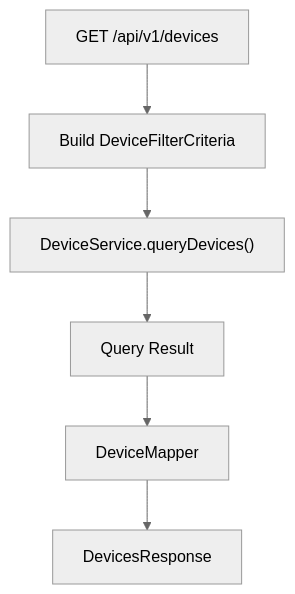
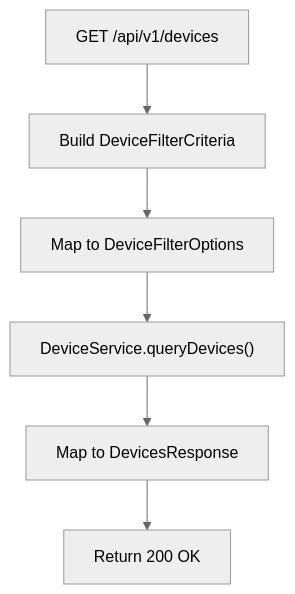
Before and after one commit to Praesto-Pro/openframe-oss-tenant: the second of 7 diagrams in docs/architecture/external-api-service-core/external-api-service-core.md, drawn with Mermaid (neutral theme). The commit also changed other lines of this file and 214 other files, not shown here.

````diff
--- a/docs/architecture/external-api-service-core/external-api-service-core.md
+++ b/docs/architecture/external-api-service-core/external-api-service-core.md
@@ -115,8 +150,8 @@
 ```mermaid
 flowchart TD
     Request["GET /api/v1/devices"] --> BuildFilter["Build DeviceFilterCriteria"]
-    BuildFilter --> ServiceCall["DeviceService.queryDevices()"]
-    ServiceCall --> Result["Query Result"]
-    Result --> Mapper["DeviceMapper"]
-    Mapper --> Response["DevicesResponse"]
+    BuildFilter --> MapToOptions["Map to DeviceFilterOptions"]
+    MapToOptions --> Query["DeviceService.queryDevices()"]
+    Query --> MapResponse["Map to DevicesResponse"]
+    MapResponse --> Response["Return 200 OK"]
 ```
````
